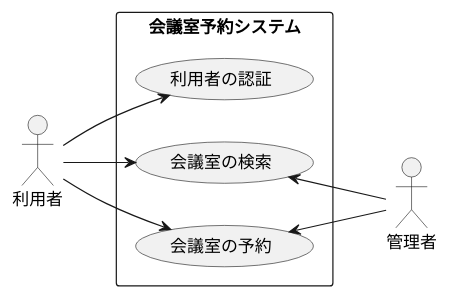
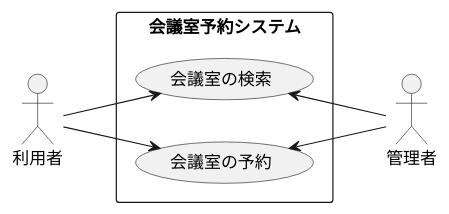
Before and after one commit to k2works/case-study-mrs: diagram 18 of 18 in docs/index.adoc, drawn with PlantUML. The commit also changed other lines of this file, not shown here.

```diff
--- a/docs/index.adoc
+++ b/docs/index.adoc
@@ -581,18 +583,16 @@
 [plantuml]
 ----
 @startuml
 left to right direction
 actor "利用者" as user
 actor "管理者" as admin
 rectangle 会議室予約システム {
-  usecase "利用者の認証" as UC1
   usecase "会議室の検索" as UC2
   usecase "会議室の予約" as UC3
 }
-user --> UC1
 user --> UC2
 user --> UC3
 UC2 <-- admin
 UC3 <-- admin
 @enduml
 ----
```
